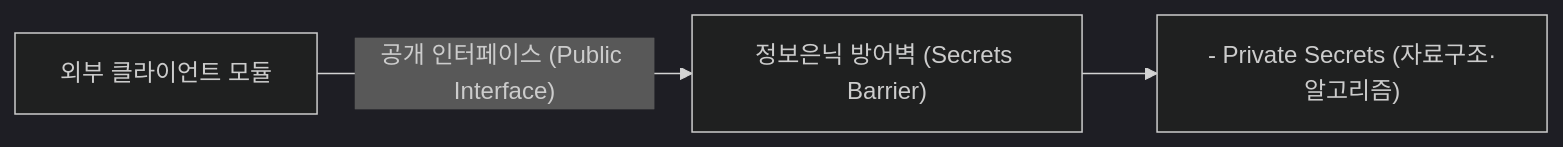
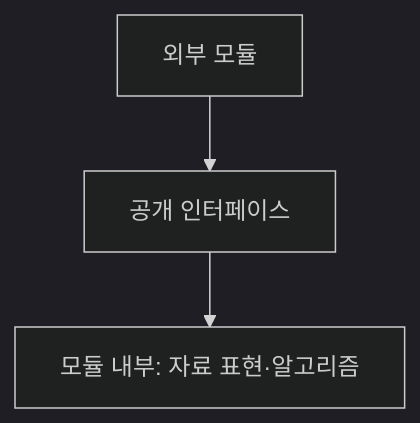
The third of 3 diagrams in src/content/docs/notes/itpe/02-software-engineering/024_information_hiding.md (agnusdei1207/study), drawn with Mermaid (dark theme) before and after one commit. The commit also changed other lines of this file, not shown here.

````diff
--- a/src/content/docs/notes/itpe/02-software-engineering/024_information_hiding.md
+++ b/src/content/docs/notes/itpe/02-software-engineering/024_information_hiding.md
@@ -93,5 +97,5 @@
 ```mermaid
-flowchart LR
-    C["외부 클라이언트 모듈"] -->|"공개 인터페이스 (Public Interface)"| PB["정보은닉 방어벽 (Secrets Barrier)"]
-    PB --> SEC["- Private Secrets (자료구조·알고리즘)"]
+flowchart TD
+    C["외부 모듈"] --> I["공개 인터페이스"]
+    I --> S["모듈 내부: 자료 표현·알고리즘"]
 ```
````
